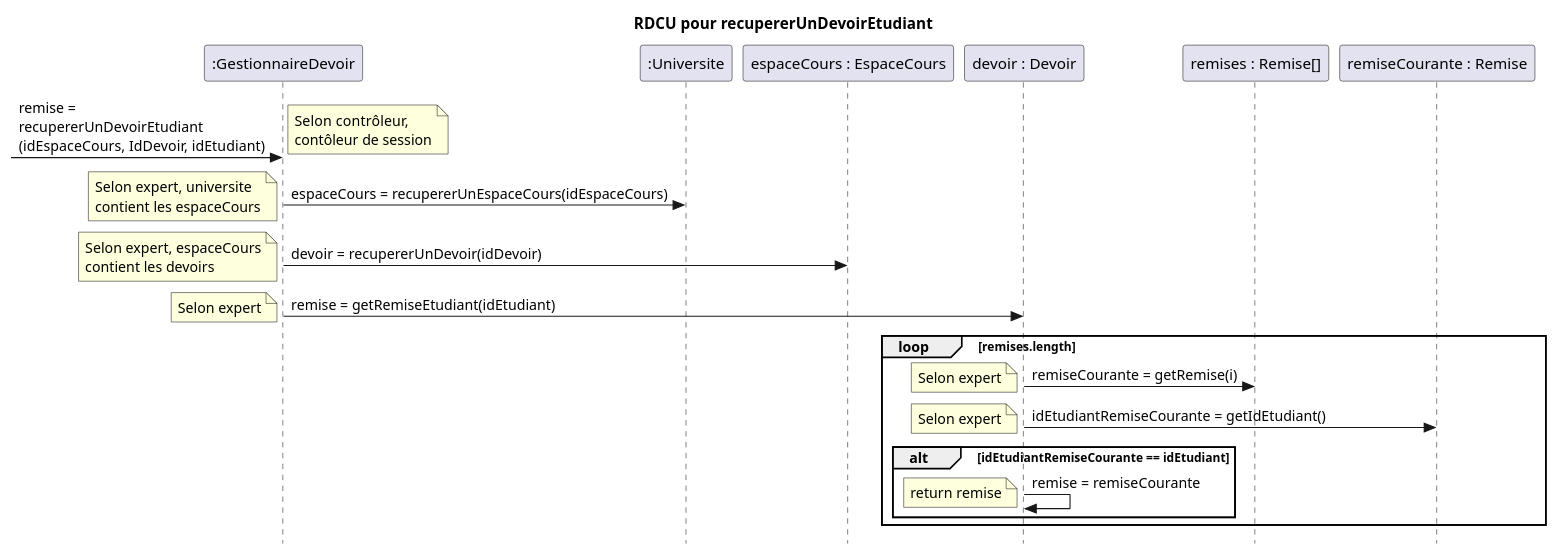
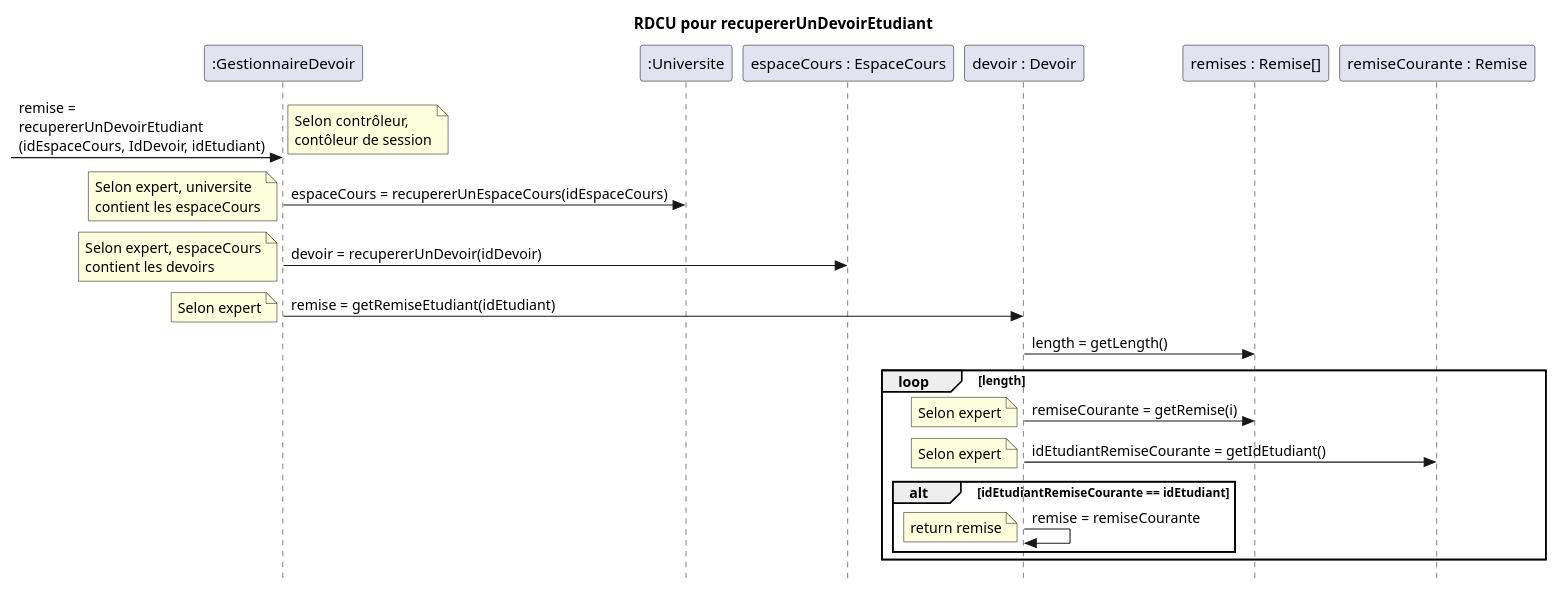
The third of 6 diagrams in docs/CorrigerDevoir/RDCU_corrigerDevoir.puml (nerdz88/SGA-TS), drawn with PlantUML before and after one commit. The commit also changed other lines of this file and 10 other files, not shown here.

```diff
--- a/docs/CorrigerDevoir/RDCU_corrigerDevoir.puml
+++ b/docs/CorrigerDevoir/RDCU_corrigerDevoir.puml
@@ -45,30 +45,31 @@
 @startuml recupererUnDevoirEtudiant
 skinparam style strictuml
 skinparam defaultfontname Verdana
 title RDCU pour recupererUnDevoirEtudiant
 participant ":GestionnaireDevoir" as gestionnaireDevoir
 participant ":Universite" as universite
 participant "espaceCours : EspaceCours" as cours
 participant "devoir : Devoir" as devoir
 participant "remises : Remise[]" as remises
 participant "remiseCourante : Remise" as remise
 
 -> gestionnaireDevoir : remise = \nrecupererUnDevoirEtudiant\n(idEspaceCours, IdDevoir, idEtudiant)
 note left : Selon contrôleur,\ncontôleur de session
 gestionnaireDevoir -> universite : espaceCours = recupererUnEspaceCours(idEspaceCours)
 note left : Selon expert, universite\ncontient les espaceCours
 gestionnaireDevoir -> cours : devoir = recupererUnDevoir(idDevoir)
 note left : Selon expert, espaceCours\ncontient les devoirs
 gestionnaireDevoir -> devoir : remise = getRemiseEtudiant(idEtudiant)
 note left : Selon expert
-loop remises.length
+devoir -> remises : length = getLength()
+loop length
 devoir -> remises : remiseCourante = getRemise(i)
 note left : Selon expert
 devoir -> remise : idEtudiantRemiseCourante = getIdEtudiant()
 note left : Selon expert
 alt idEtudiantRemiseCourante == idEtudiant
 devoir -> devoir : remise = remiseCourante
 note left : return remise
 end
 end
 @enduml
```
